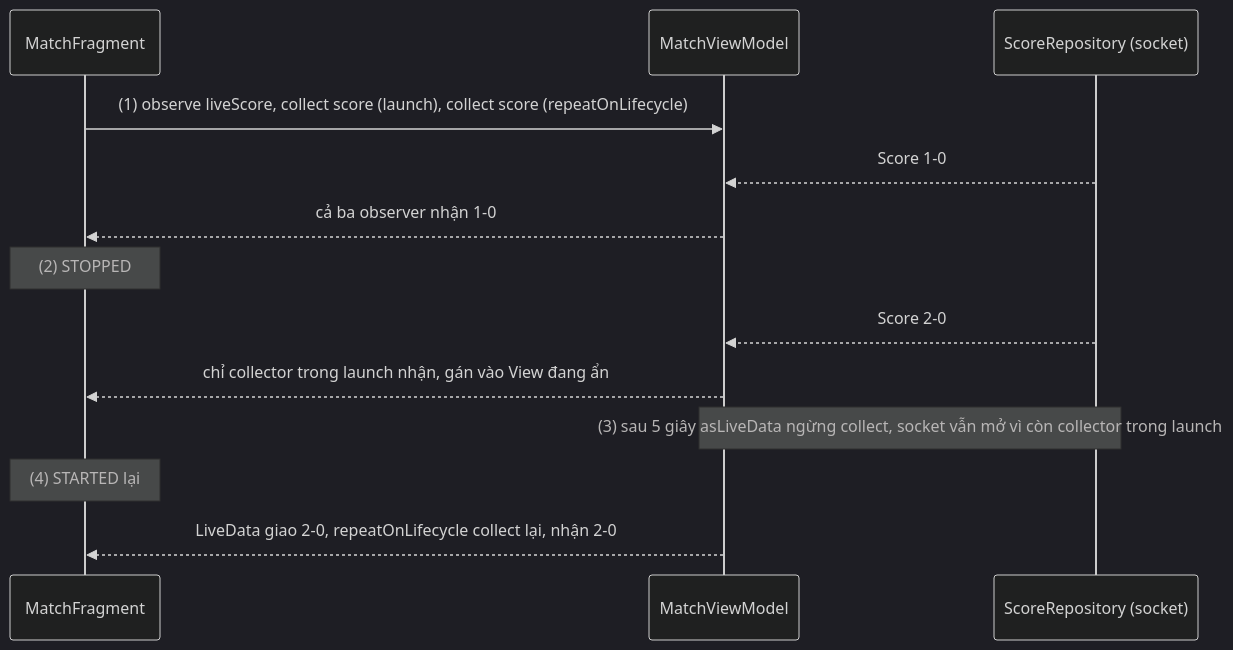
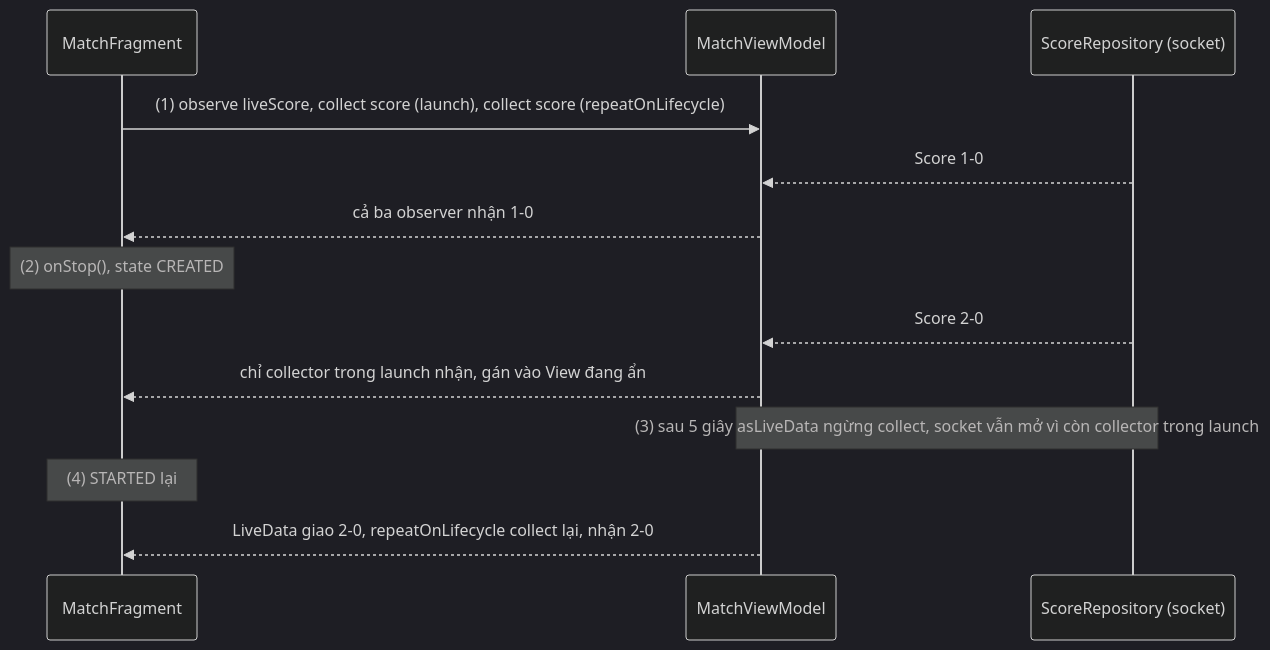
The first of 2 diagrams in knowledge/android/docs/session_07/design_pattern/observer/livedata.md (h1eu/knowledge), drawn with Mermaid (dark theme) before and after one commit. The commit also changed other lines of this file and 19 other files, not shown here.

````diff
--- a/knowledge/android/docs/session_07/design_pattern/observer/livedata.md
+++ b/knowledge/android/docs/session_07/design_pattern/observer/livedata.md
@@ -101,15 +101,15 @@
 ```mermaid
 sequenceDiagram
     participant F as MatchFragment
     participant VM as MatchViewModel
     participant R as ScoreRepository (socket)
     F->>VM: (1) observe liveScore, collect score (launch), collect score (repeatOnLifecycle)
     R-->>VM: Score 1-0
     VM-->>F: cả ba observer nhận 1-0
-    Note over F: (2) STOPPED
+    Note over F: (2) onStop(), state CREATED
     R-->>VM: Score 2-0
     VM-->>F: chỉ collector trong launch nhận, gán vào View đang ẩn
     Note over VM,R: (3) sau 5 giây asLiveData ngừng collect, socket vẫn mở vì còn collector trong launch
     Note over F: (4) STARTED lại
     VM-->>F: LiveData giao 2-0, repeatOnLifecycle collect lại, nhận 2-0
 ```
````
